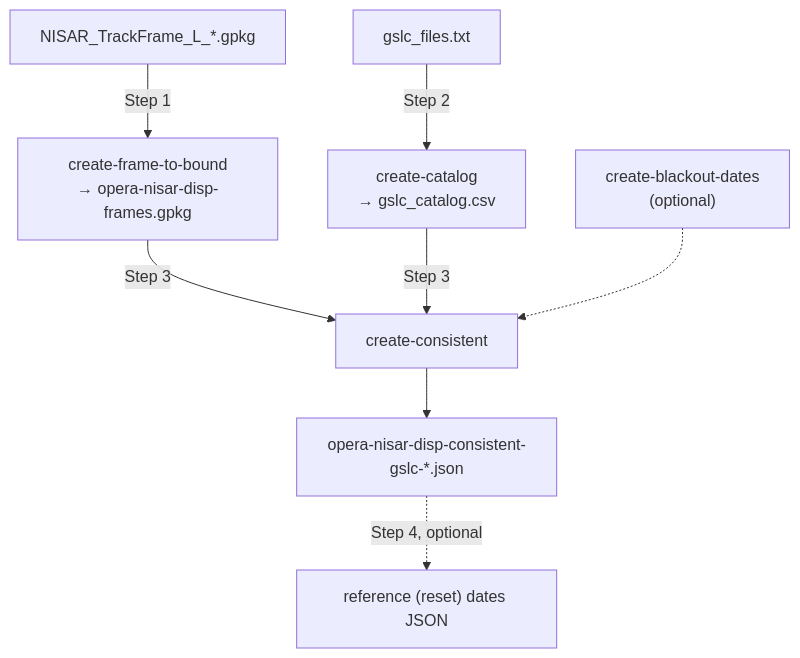
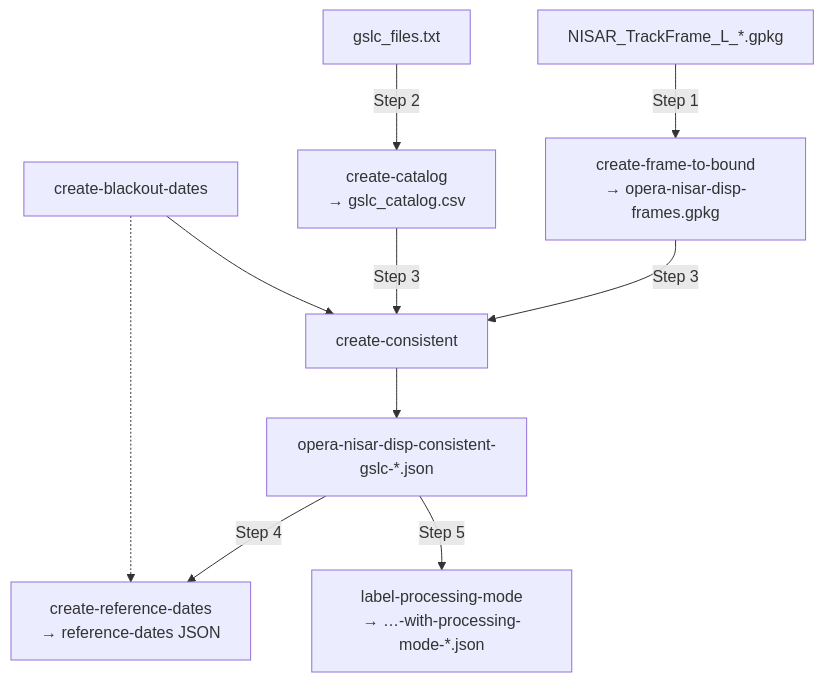
The diagram in docs/tutorials/consistent-mode-database.md (opera-adt/nisar_db), drawn with Mermaid before and after one commit. The commit also changed other lines of this file and 3 other files, not shown here.

````diff
--- a/docs/tutorials/consistent-mode-database.md
+++ b/docs/tutorials/consistent-mode-database.md
@@ -195,10 +238,12 @@
 ```mermaid
 flowchart TD
     G["NISAR_TrackFrame_L_*.gpkg"] -->|Step 1| FTB["create-frame-to-bound<br/>→ opera-nisar-disp-frames.gpkg"]
     L["gslc_files.txt"] -->|Step 2| CAT["create-catalog<br/>→ gslc_catalog.csv"]
     FTB -->|Step 3| CON["create-consistent"]
     CAT -->|Step 3| CON
-    BL["create-blackout-dates<br/>(optional)"] -.-> CON
+    BL["create-blackout-dates"] --> CON
     CON --> OUT["opera-nisar-disp-consistent-gslc-*.json"]
-    OUT -.->|Step 4, optional| REF["reference (reset) dates JSON"]
+    OUT -->|Step 4| REF["create-reference-dates<br/>→ reference-dates JSON"]
+    BL -.-> REF
+    OUT -->|Step 5| PM["label-processing-mode<br/>→ …-with-processing-mode-*.json"]
 ```
````
